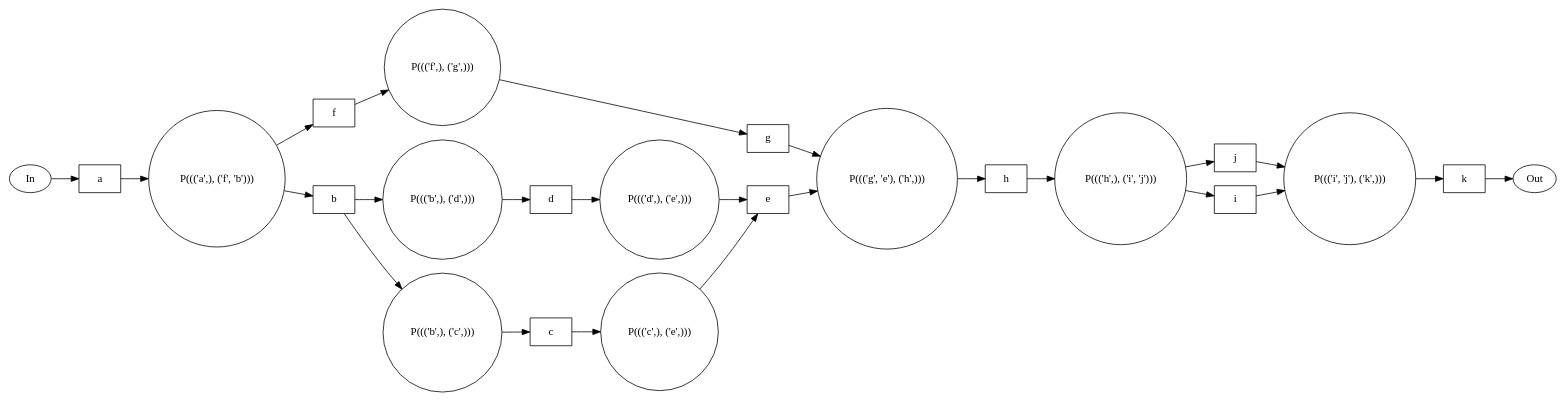
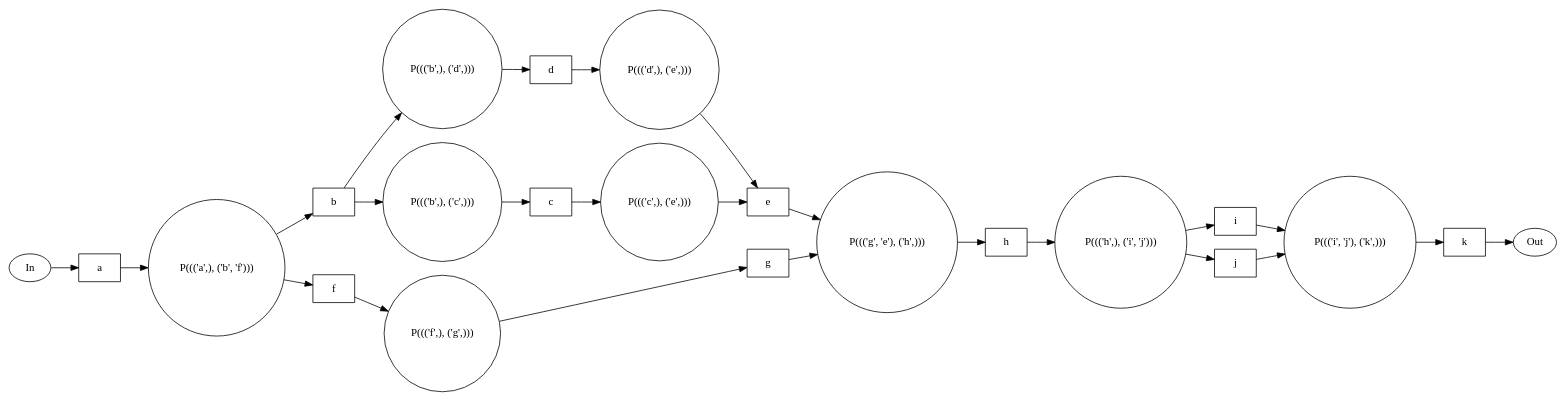
One commit to JakJach/Alpha-Miner changed the diagram in alpha_miner/result.dot. Above: the diagram before and after it, drawn with Graphviz. The commit also changed 7 other files, not shown here.

```diff
--- a/alpha_miner/result.dot
+++ b/alpha_miner/result.dot
@@ -1,61 +1,69 @@
 digraph pn {
 rankdir=LR;
+"d" [shape=box];
+"h" [shape=box];
+"g" [shape=box];
+"i" [shape=box];
+"e" [shape=box];
 "j" [shape=box];
+"b" [shape=box];
+"c" [shape=box];
+"f" [shape=box];
+"b" -> "P((('b',), ('d',)))";
+"b" [shape=box];
+"P((('b',), ('d',)))" [shape=circle];
+"P((('b',), ('d',)))" -> "d";
+"d" [shape=box];
+"h" -> "P((('h',), ('i', 'j')))";
+"h" [shape=box];
+"P((('h',), ('i', 'j')))" [shape=circle];
+"P((('h',), ('i', 'j')))" -> "i";
+"i" [shape=box];
+"P((('h',), ('i', 'j')))" -> "j";
+"j" [shape=box];
+"b" -> "P((('b',), ('c',)))";
+"b" [shape=box];
+"P((('b',), ('c',)))" [shape=circle];
+"P((('b',), ('c',)))" -> "c";
+"c" [shape=box];
 "g" -> "P((('g', 'e'), ('h',)))";
 "g" [shape=box];
 "P((('g', 'e'), ('h',)))" [shape=circle];
 "e" -> "P((('g', 'e'), ('h',)))";
 "e" [shape=box];
 "P((('g', 'e'), ('h',)))" [shape=circle];
 "P((('g', 'e'), ('h',)))" -> "h";
 "h" [shape=box];
 "i" -> "P((('i', 'j'), ('k',)))";
 "i" [shape=box];
 "P((('i', 'j'), ('k',)))" [shape=circle];
 "j" -> "P((('i', 'j'), ('k',)))";
 "j" [shape=box];
 "P((('i', 'j'), ('k',)))" [shape=circle];
 "P((('i', 'j'), ('k',)))" -> "k";
 "k" [shape=box];
+"a" -> "P((('a',), ('b', 'f')))";
+"a" [shape=box];
+"P((('a',), ('b', 'f')))" [shape=circle];
+"P((('a',), ('b', 'f')))" -> "b";
+"b" [shape=box];
+"P((('a',), ('b', 'f')))" -> "f";
+"f" [shape=box];
 "c" -> "P((('c',), ('e',)))";
 "c" [shape=box];
 "P((('c',), ('e',)))" [shape=circle];
 "P((('c',), ('e',)))" -> "e";
 "e" [shape=box];
-"h" -> "P((('h',), ('i', 'j')))";
-"h" [shape=box];
-"P((('h',), ('i', 'j')))" [shape=circle];
-"P((('h',), ('i', 'j')))" -> "i";
-"i" [shape=box];
-"P((('h',), ('i', 'j')))" -> "j";
-"j" [shape=box];
+"d" -> "P((('d',), ('e',)))";
+"d" [shape=box];
+"P((('d',), ('e',)))" [shape=circle];
+"P((('d',), ('e',)))" -> "e";
+"e" [shape=box];
 "f" -> "P((('f',), ('g',)))";
 "f" [shape=box];
 "P((('f',), ('g',)))" [shape=circle];
 "P((('f',), ('g',)))" -> "g";
 "g" [shape=box];
-"b" -> "P((('b',), ('d',)))";
-"b" [shape=box];
-"P((('b',), ('d',)))" [shape=circle];
-"P((('b',), ('d',)))" -> "d";
-"d" [shape=box];
-"a" -> "P((('a',), ('f', 'b')))";
-"a" [shape=box];
-"P((('a',), ('f', 'b')))" [shape=circle];
-"P((('a',), ('f', 'b')))" -> "f";
-"f" [shape=box];
-"P((('a',), ('f', 'b')))" -> "b";
-"b" [shape=box];
-"d" -> "P((('d',), ('e',)))";
-"d" [shape=box];
-"P((('d',), ('e',)))" [shape=circle];
-"P((('d',), ('e',)))" -> "e";
-"e" [shape=box];
-"b" -> "P((('b',), ('c',)))";
-"b" [shape=box];
-"P((('b',), ('c',)))" [shape=circle];
-"P((('b',), ('c',)))" -> "c";
-"c" [shape=box];
 In -> a
 k -> Out
 }
```
